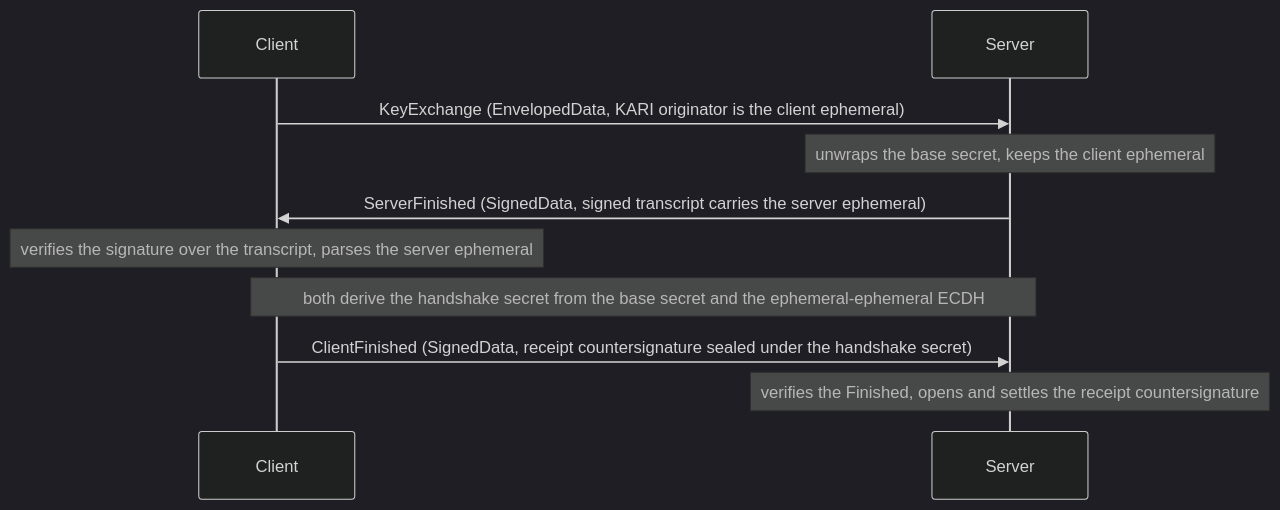
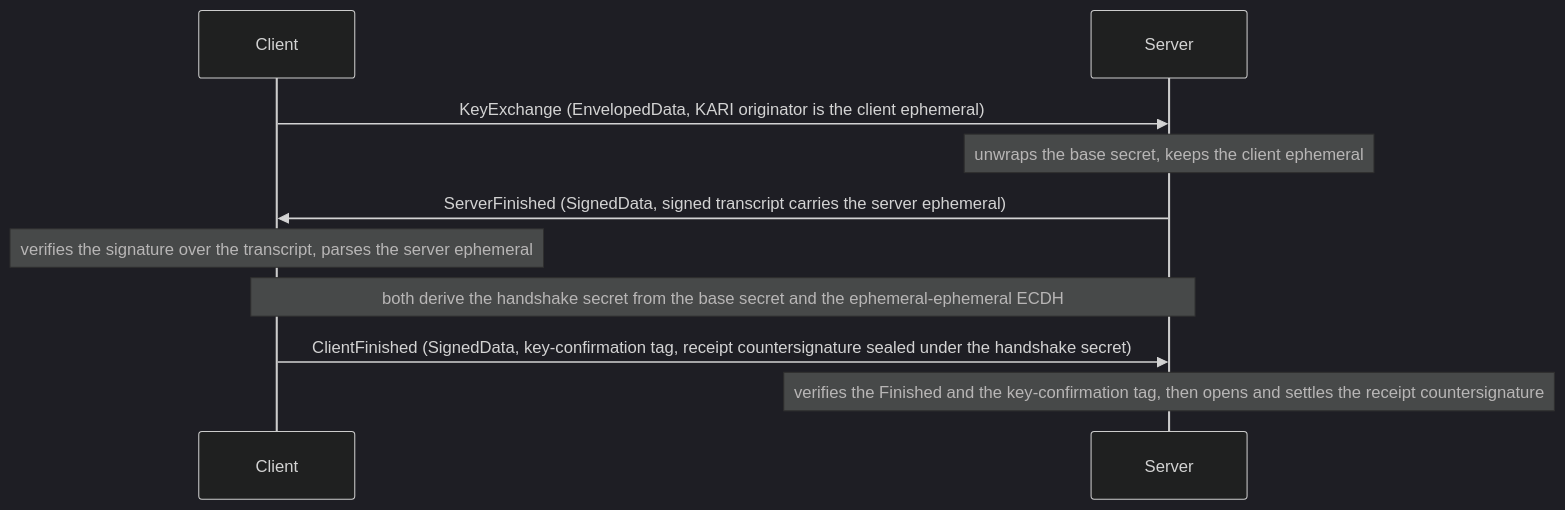
The third of 6 diagrams in docs/handshake.md (wahidgroup/tightbeam), drawn with Mermaid (dark theme) before and after one commit. The commit also changed other lines of this file and 74 other files, not shown here.

Commit message:
fix!: fresh ECDH per rekey, key confirmation

````diff
--- a/docs/handshake.md
+++ b/docs/handshake.md
@@ -114,12 +115,12 @@
 ```mermaid
 sequenceDiagram
     participant C as Client
     participant S as Server
     C->>S: KeyExchange (EnvelopedData, KARI originator is the client ephemeral)
     Note over S: unwraps the base secret, keeps the client ephemeral
     S->>C: ServerFinished (SignedData, signed transcript carries the server ephemeral)
     Note over C: verifies the signature over the transcript, parses the server ephemeral
     Note over C,S: both derive the handshake secret from the base secret and the ephemeral-ephemeral ECDH
-    C->>S: ClientFinished (SignedData, receipt countersignature sealed under the handshake secret)
-    Note over S: verifies the Finished, opens and settles the receipt countersignature
+    C->>S: ClientFinished (SignedData, key-confirmation tag, receipt countersignature sealed under the handshake secret)
+    Note over S: verifies the Finished and the key-confirmation tag, then opens and settles the receipt countersignature
 ```
````
